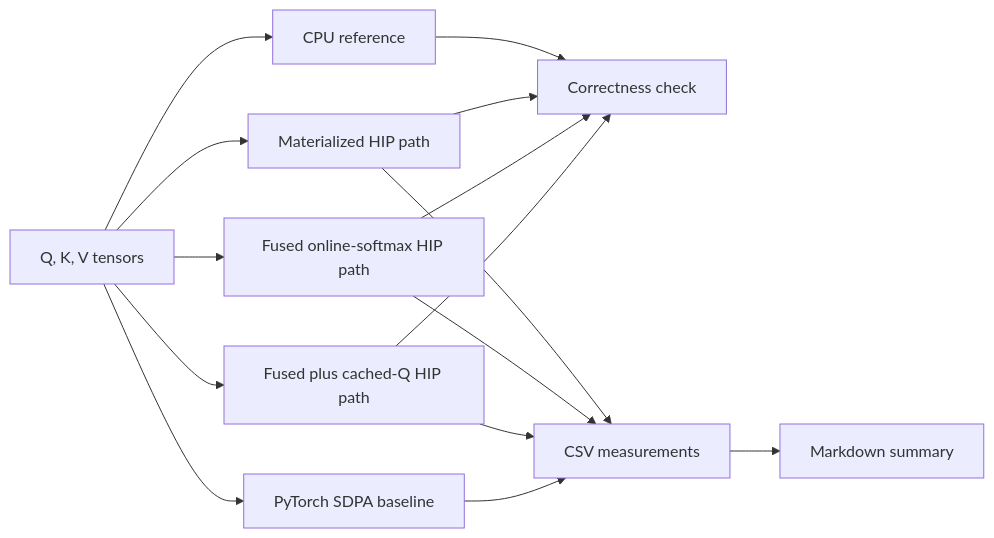
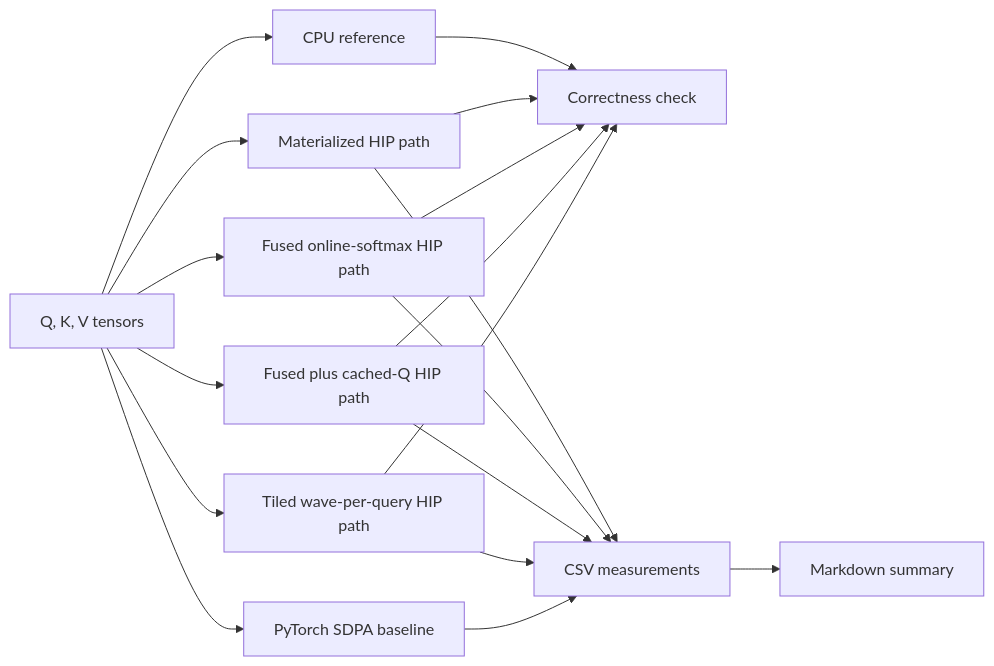
Before and after one commit to Devonav/wave-attention-lab: the diagram in README.md, drawn with Mermaid. The commit also changed other lines of this file and 24 other files, not shown here.

````diff
--- a/README.md
+++ b/README.md
@@ -13,17 +13,20 @@
 ```mermaid
 flowchart LR
     Q[Q, K, V tensors] --> R[CPU reference]
     Q --> M[Materialized HIP path]
     Q --> F[Fused online-softmax HIP path]
     Q --> C[Fused plus cached-Q HIP path]
+    Q --> T[Tiled wave-per-query HIP path]
     Q --> P[PyTorch SDPA baseline]
     R --> V[Correctness check]
     M --> V
     F --> V
     C --> V
+    T --> V
     M --> B[CSV measurements]
     F --> B
     C --> B
+    T --> B
     P --> B
     B --> S[Markdown summary]
 ```
````
